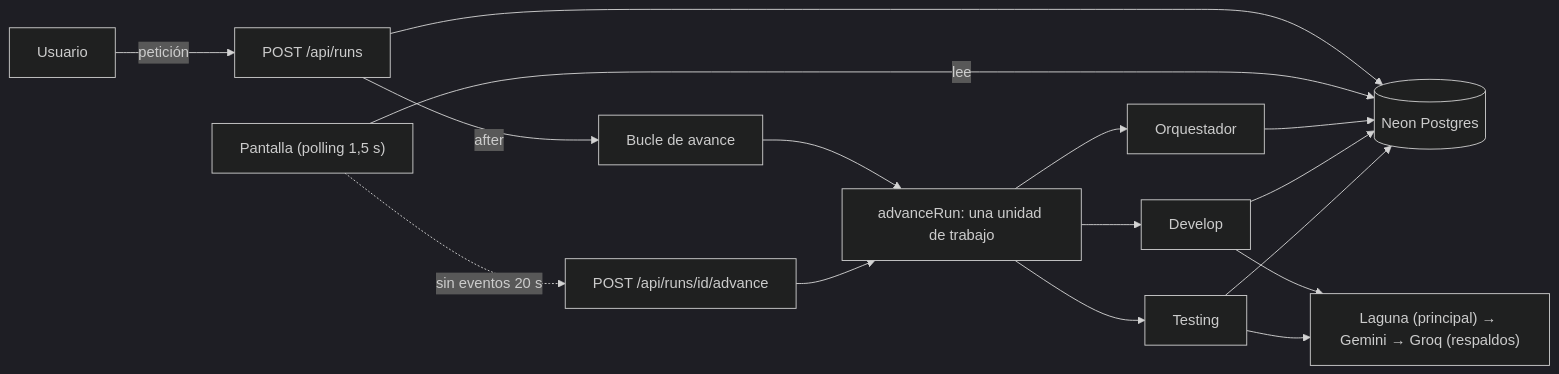
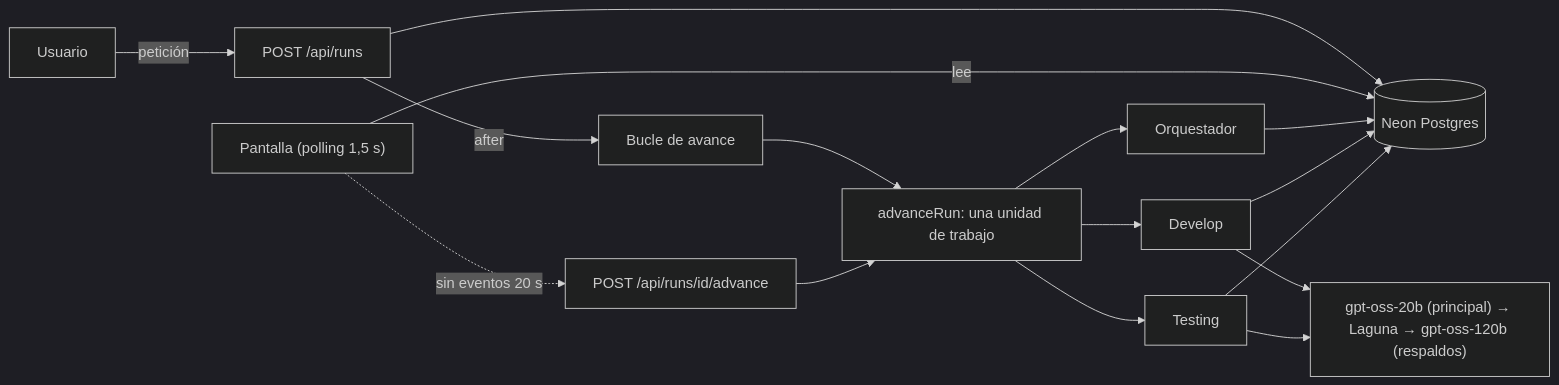
Before and after one commit to Guille6520/agentes-equipo: the diagram in README.md, drawn with Mermaid (dark theme). The commit also changed other lines of this file and 2 other files, not shown here.

````diff
--- a/README.md
+++ b/README.md
@@ -69,15 +69,15 @@
 ```mermaid
 flowchart LR
   U[Usuario] -->|petición| API["POST /api/runs"]
   API --> DB[("Neon Postgres")]
   API -->|after| L["Bucle de avance"]
   UI["Pantalla (polling 1,5 s)"] -->|lee| DB
   UI -.->|"sin eventos 20 s"| ADV["POST /api/runs/id/advance"]
   L --> S["advanceRun: una unidad de trabajo"]
   ADV --> S
   S --> O["Orquestador"]
   S --> D["Develop"]
   S --> T["Testing"]
   O & D & T --> DB
-  D & T --> M["Laguna (principal) → Gemini → Groq (respaldos)"]
+  D & T --> M["gpt-oss-20b (principal) → Laguna → gpt-oss-120b (respaldos)"]
 ```
````
